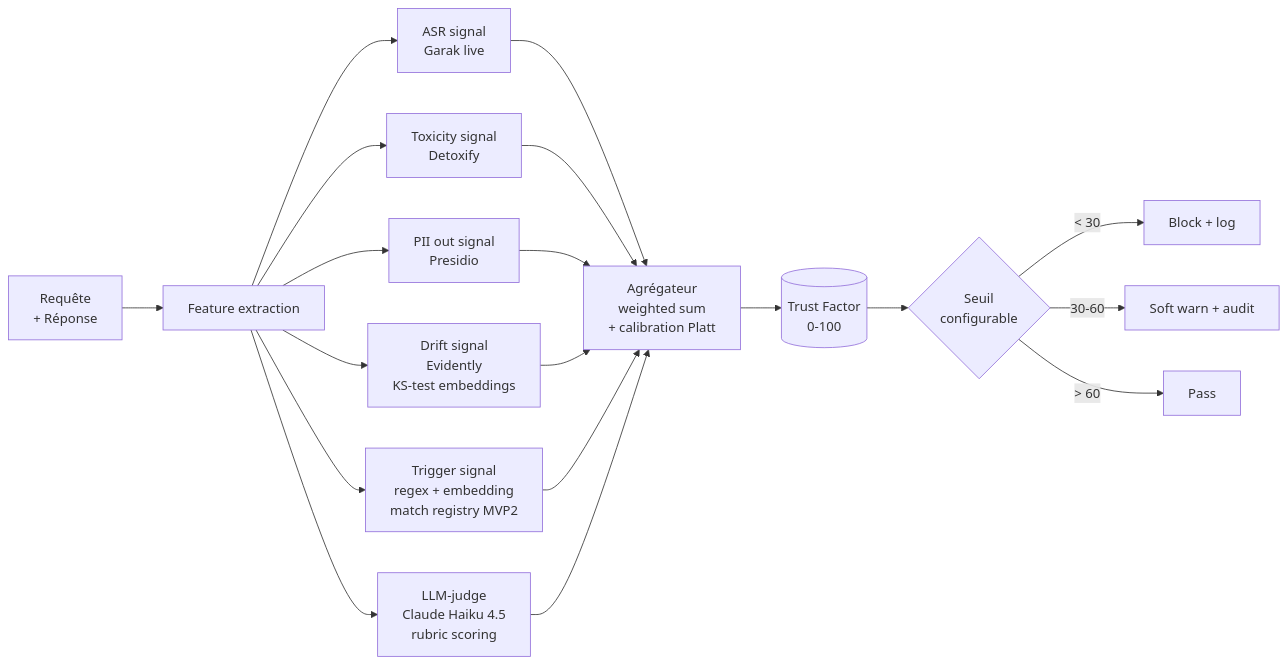
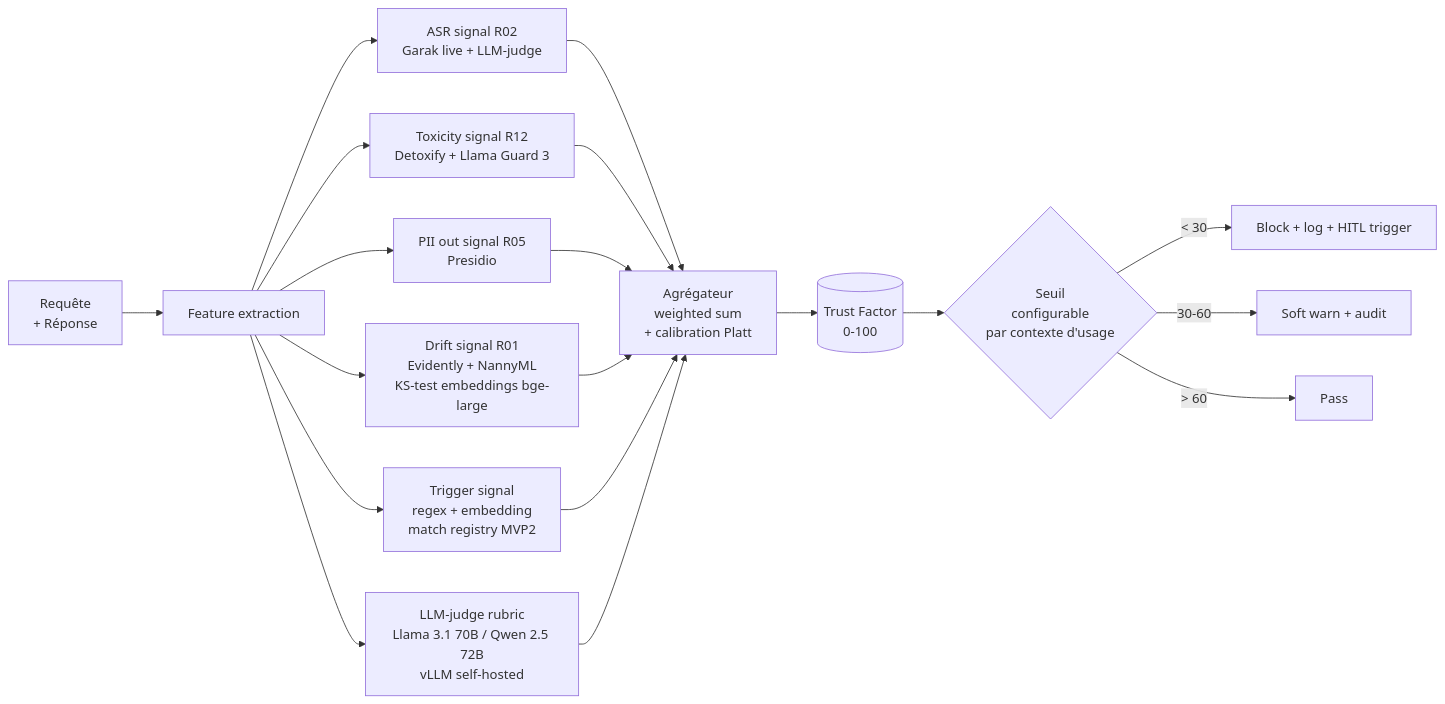
Before and after one commit to Rqbln/VERA: the second of 4 diagrams in MVP4_governance_as_a_service.md, drawn with Mermaid. The commit also changed other lines of this file and 9 other files, not shown here.

First line of the commit message:
Refocus roadmap and MVP documentation on accessible local open-source tooling.

````diff
--- a/MVP4_governance_as_a_service.md
+++ b/MVP4_governance_as_a_service.md
@@ -53,19 +52,19 @@
 ```mermaid
 flowchart LR
     REQ[Requête<br/>+ Réponse] --> F1[Feature extraction]
 
-    F1 --> X1[ASR signal<br/>Garak live]
-    F1 --> X2[Toxicity signal<br/>Detoxify]
-    F1 --> X3[PII out signal<br/>Presidio]
-    F1 --> X4[Drift signal<br/>Evidently<br/>KS-test embeddings]
+    F1 --> X1[ASR signal R02<br/>Garak live + LLM-judge]
+    F1 --> X2[Toxicity signal R12<br/>Detoxify + Llama Guard 3]
+    F1 --> X3[PII out signal R05<br/>Presidio]
+    F1 --> X4[Drift signal R01<br/>Evidently + NannyML<br/>KS-test embeddings bge-large]
     F1 --> X5[Trigger signal<br/>regex + embedding<br/>match registry MVP2]
-    F1 --> X6[LLM-judge<br/>Claude Haiku 4.5<br/>rubric scoring]
+    F1 --> X6[LLM-judge rubric<br/>Llama 3.1 70B / Qwen 2.5 72B<br/>vLLM self-hosted]
 
     X1 & X2 & X3 & X4 & X5 & X6 --> AGG[Agrégateur<br/>weighted sum<br/>+ calibration Platt]
 
     AGG --> TF[(Trust Factor<br/>0-100)]
-    TF --> THRESH{Seuil<br/>configurable}
-    THRESH -->|< 30| BLOCK[Block + log]
+    TF --> THRESH{Seuil<br/>configurable<br/>par contexte d'usage}
+    THRESH -->|< 30| BLOCK[Block + log + HITL trigger]
     THRESH -->|30-60| WARN[Soft warn + audit]
     THRESH -->|> 60| OK[Pass]
 ```
````
